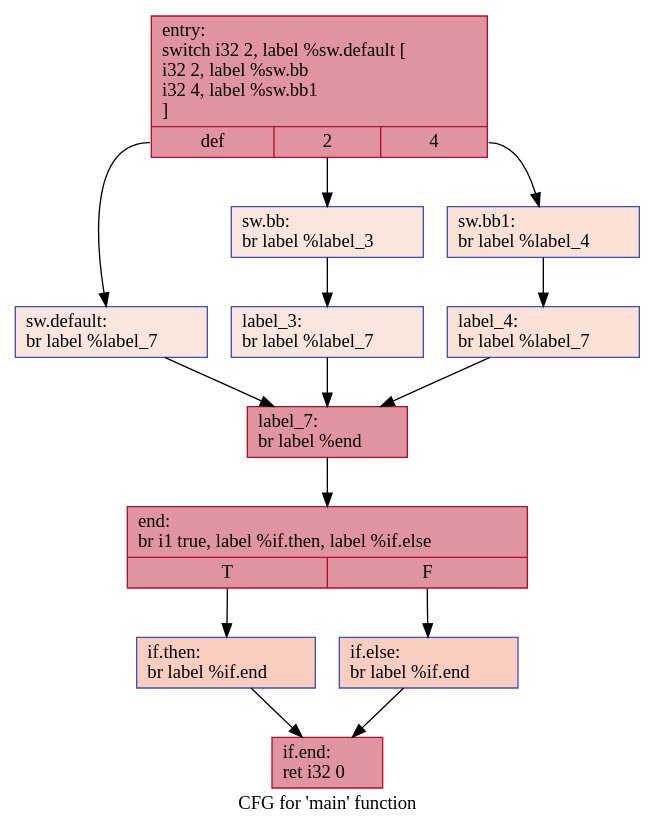
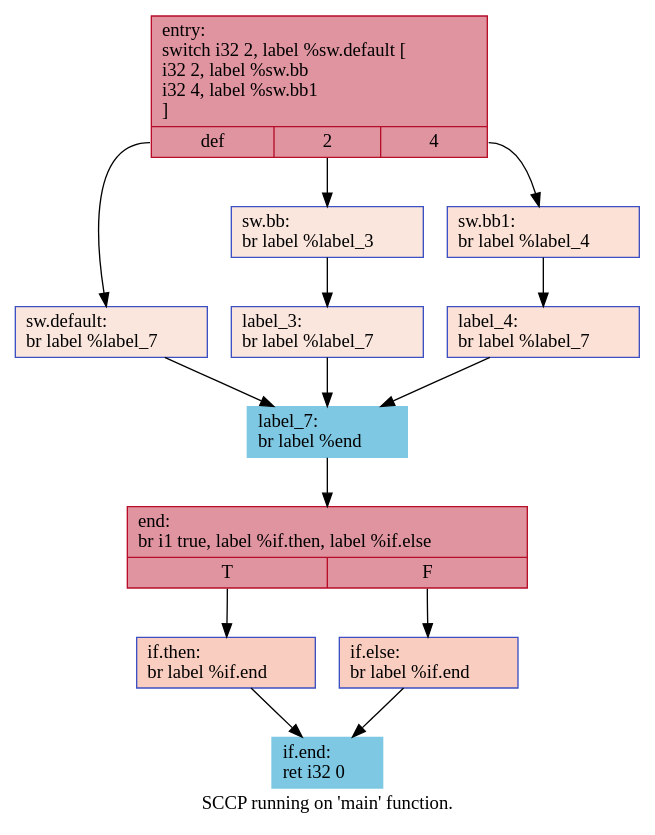
The diagram in IR/cfg/SCCP_BASELINE.dot (HPSSA-LLVM/HPSSA-LLVM), drawn with Graphviz before and after one commit. The commit also changed 22 other files, not shown here.

```diff
--- a/IR/cfg/SCCP_BASELINE.dot
+++ b/IR/cfg/SCCP_BASELINE.dot
@@ -1,28 +1,28 @@
 digraph "CFG for 'main' function" {
-	label="CFG for 'main' function";
+	label="SCCP running on 'main' function.";
 
-	Node0x55d320f826e0 [shape=record,color="#b70d28ff", style=filled, fillcolor="#b70d2870",label="{entry:\l  switch i32 2, label %sw.default [\l    i32 2, label %sw.bb\l    i32 4, label %sw.bb1\l  ]\l|{<s0>def|<s1>2|<s2>4}}"];
-	Node0x55d320f826e0:s0 -> Node0x55d320f82810;
-	Node0x55d320f826e0:s1 -> Node0x55d320f82890;
-	Node0x55d320f826e0:s2 -> Node0x55d320f82930;
-	Node0x55d320f82890 [shape=record,color="#3d50c3ff", style=filled, fillcolor="#f3c7b170",label="{sw.bb:                                            \l  br label %label_3\l}"];
-	Node0x55d320f82890 -> Node0x55d320f82ac0;
-	Node0x55d320f82930 [shape=record,color="#3d50c3ff", style=filled, fillcolor="#f7bca170",label="{sw.bb1:                                           \l  br label %label_4\l}"];
-	Node0x55d320f82930 -> Node0x55d320f82ba0;
-	Node0x55d320f82810 [shape=record,color="#3d50c3ff", style=filled, fillcolor="#f3c7b170",label="{sw.default:                                       \l  br label %label_7\l}"];
-	Node0x55d320f82810 -> Node0x55d320f82c80;
-	Node0x55d320f82ac0 [shape=record,color="#3d50c3ff", style=filled, fillcolor="#f3c7b170",label="{label_3:                                          \l  br label %label_7\l}"];
-	Node0x55d320f82ac0 -> Node0x55d320f82c80;
-	Node0x55d320f82ba0 [shape=record,color="#3d50c3ff", style=filled, fillcolor="#f7bca170",label="{label_4:                                          \l  br label %label_7\l}"];
-	Node0x55d320f82ba0 -> Node0x55d320f82c80;
-	Node0x55d320f82c80 [shape=record,color="#b70d28ff", style=filled, fillcolor="#b70d2870",label="{label_7:                                          \l  br label %end\l}"];
-	Node0x55d320f82c80 -> Node0x55d320f82e40;
-	Node0x55d320f82e40 [shape=record,color="#b70d28ff", style=filled, fillcolor="#b70d2870",label="{end:                                              \l  br i1 true, label %if.then, label %if.else\l|{<s0>T|<s1>F}}"];
-	Node0x55d320f82e40:s0 -> Node0x55d320f82f50;
-	Node0x55d320f82e40:s1 -> Node0x55d320f82fc0;
-	Node0x55d320f82f50 [shape=record,color="#3d50c3ff", style=filled, fillcolor="#f2907270",label="{if.then:                                          \l  br label %if.end\l}"];
-	Node0x55d320f82f50 -> Node0x55d320f830e0;
-	Node0x55d320f82fc0 [shape=record,color="#3d50c3ff", style=filled, fillcolor="#f2907270",label="{if.else:                                          \l  br label %if.end\l}"];
-	Node0x55d320f82fc0 -> Node0x55d320f830e0;
-	Node0x55d320f830e0 [shape=record,color="#b70d28ff", style=filled, fillcolor="#b70d2870",label="{if.end:                                           \l  ret i32 0\l}"];
+	Node0x558a4c31d6e0 [shape=record,color="#b70d28ff", style=filled, fillcolor="#b70d2870",label="{entry:\l  switch i32 2, label %sw.default [\l    i32 2, label %sw.bb\l    i32 4, label %sw.bb1\l  ]\l|{<s0>def|<s1>2|<s2>4}}"];
+	Node0x558a4c31d6e0:s0 -> Node0x558a4c31d810;
+	Node0x558a4c31d6e0:s1 -> Node0x558a4c31d890;
+	Node0x558a4c31d6e0:s2 -> Node0x558a4c31d930;
+	Node0x558a4c31d890 [shape=record,color="#3d50c3ff", style=filled, fillcolor="#f3c7b170",label="{sw.bb:                                            \l  br label %label_3\l}"];
+	Node0x558a4c31d890 -> Node0x558a4c31dac0;
+	Node0x558a4c31d930 [shape=record,color="#3d50c3ff", style=filled, fillcolor="#f7bca170",label="{sw.bb1:                                           \l  br label %label_4\l}"];
+	Node0x558a4c31d930 -> Node0x558a4c31dba0;
+	Node0x558a4c31d810 [shape=record,color="#3d50c3ff", style=filled, fillcolor="#f3c7b170",label="{sw.default:                                       \l  br label %label_7\l}"];
+	Node0x558a4c31d810 -> Node0x558a4c31dc80;
+	Node0x558a4c31dac0 [shape=record,color="#3d50c3ff", style=filled, fillcolor="#f3c7b170",label="{label_3:                                          \l  br label %label_7\l}"];
+	Node0x558a4c31dac0 -> Node0x558a4c31dc80;
+	Node0x558a4c31dba0 [shape=record,color="#3d50c3ff", style=filled, fillcolor="#f7bca170",label="{label_4:                                          \l  br label %label_7\l}"];
+	Node0x558a4c31dba0 -> Node0x558a4c31dc80;
+	Node0x558a4c31dc80 [shape=record,color="#7EC8E3", style=filled, fillcolor="#7EC8E3",label="{label_7:                                          \l  br label %end\l}"];
+	Node0x558a4c31dc80 -> Node0x558a4c31de40;
+	Node0x558a4c31de40 [shape=record,color="#b70d28ff", style=filled, fillcolor="#b70d2870",label="{end:                                              \l  br i1 true, label %if.then, label %if.else\l|{<s0>T|<s1>F}}"];
+	Node0x558a4c31de40:s0 -> Node0x558a4c31df50;
+	Node0x558a4c31de40:s1 -> Node0x558a4c31dfc0;
+	Node0x558a4c31df50 [shape=record,color="#3d50c3ff", style=filled, fillcolor="#f2907270",label="{if.then:                                          \l  br label %if.end\l}"];
+	Node0x558a4c31df50 -> Node0x558a4c31e0e0;
+	Node0x558a4c31dfc0 [shape=record,color="#3d50c3ff", style=filled, fillcolor="#f2907270",label="{if.else:                                          \l  br label %if.end\l}"];
+	Node0x558a4c31dfc0 -> Node0x558a4c31e0e0;
+	Node0x558a4c31e0e0 [shape=record,color="#7EC8E3", style=filled, fillcolor="#7EC8E3",label="{if.end:                                           \l  ret i32 0\l}"];
 }
```
